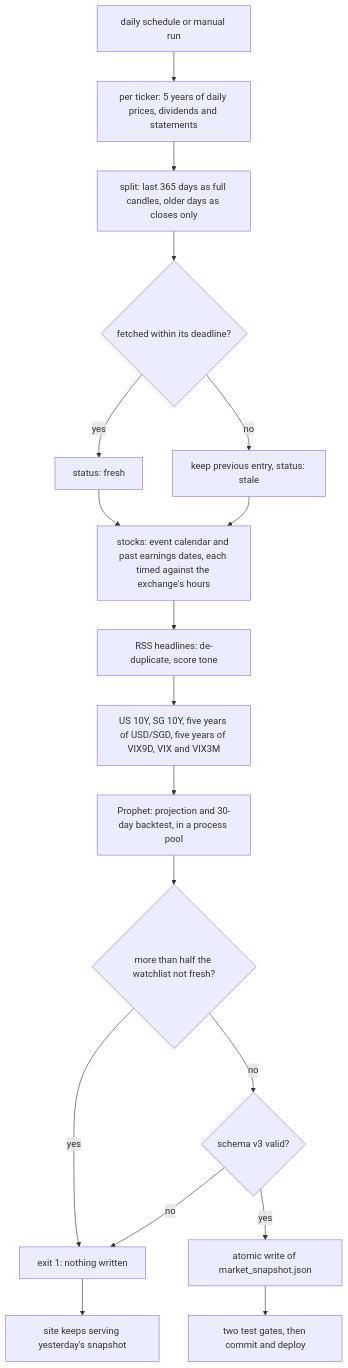
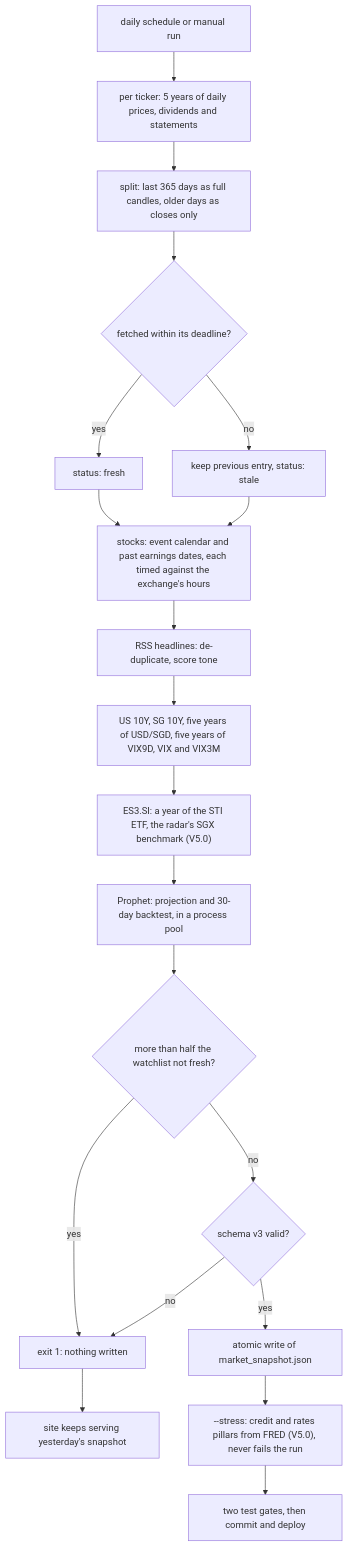
The third of 6 diagrams in README.md (myc208/quantlens), drawn with Mermaid before and after one commit. The commit also changed other lines of this file and 25 other files, not shown here.

````diff
--- a/README.md
+++ b/README.md
@@ -382,20 +389,22 @@
 ```mermaid
 flowchart TD
   CRON["daily schedule or manual run"] --> FETCH["per ticker: 5 years of daily prices, dividends and statements"]
   FETCH --> SPLIT["split: last 365 days as full candles, older days as closes only"]
   SPLIT --> EACH{"fetched within its deadline?"}
   EACH -->|"yes"| FRESH["status: fresh"]
   EACH -->|"no"| CARRY["keep previous entry, status: stale"]
   FRESH --> EV["stocks: event calendar and past earnings dates, each timed against the exchange's hours"]
   CARRY --> EV
   EV --> NEWS["RSS headlines: de-duplicate, score tone"]
   NEWS --> MACRO["US 10Y, SG 10Y, five years of USD/SGD, five years of VIX9D, VIX and VIX3M"]
-  MACRO --> FC["Prophet: projection and 30-day backtest, in a process pool"]
+  MACRO --> BENCH["ES3.SI: a year of the STI ETF, the radar's SGX benchmark (V5.0)"]
+  BENCH --> FC["Prophet: projection and 30-day backtest, in a process pool"]
   FC --> HALF{"more than half the watchlist not fresh?"}
   HALF -->|"yes"| ABORT["exit 1: nothing written"]
   HALF -->|"no"| VALID{"schema v3 valid?"}
   VALID -->|"no"| ABORT
   VALID -->|"yes"| WRITE["atomic write of market_snapshot.json"]
-  WRITE --> G["two test gates, then commit and deploy"]
+  WRITE --> STRESS["--stress: credit and rates pillars from FRED (V5.0), never fails the run"]
+  STRESS --> G["two test gates, then commit and deploy"]
   ABORT --> KEEP["site keeps serving yesterday's snapshot"]
 ```
````
